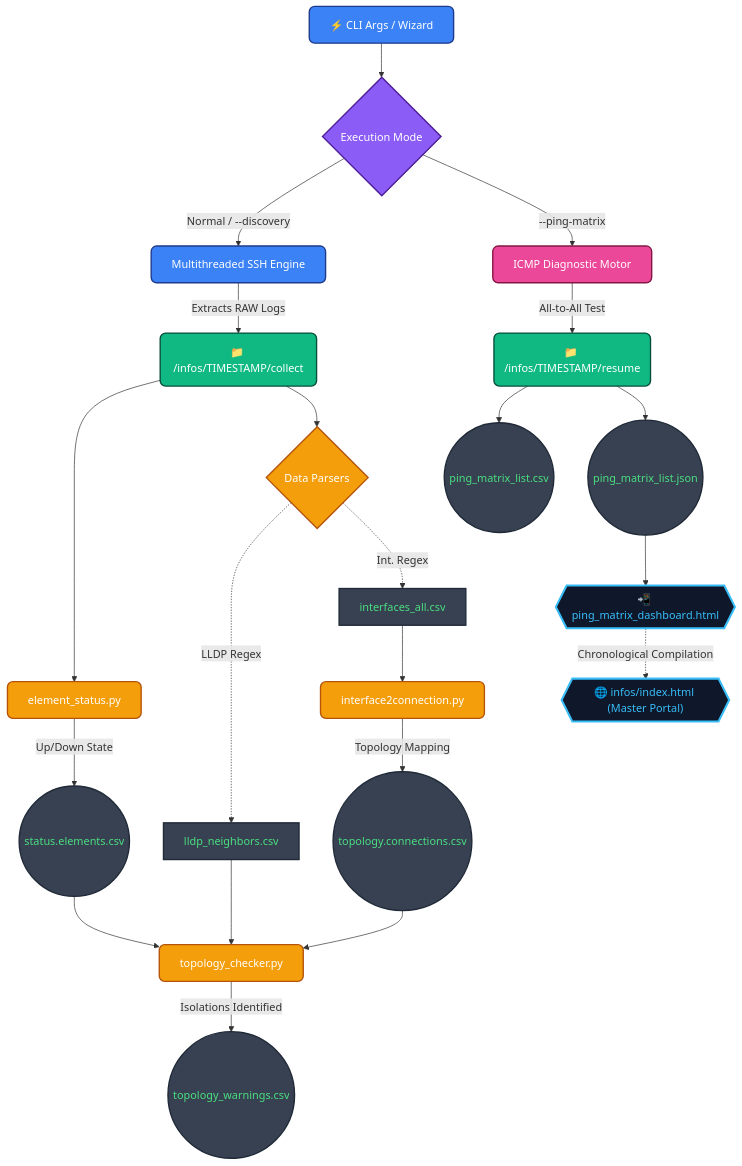
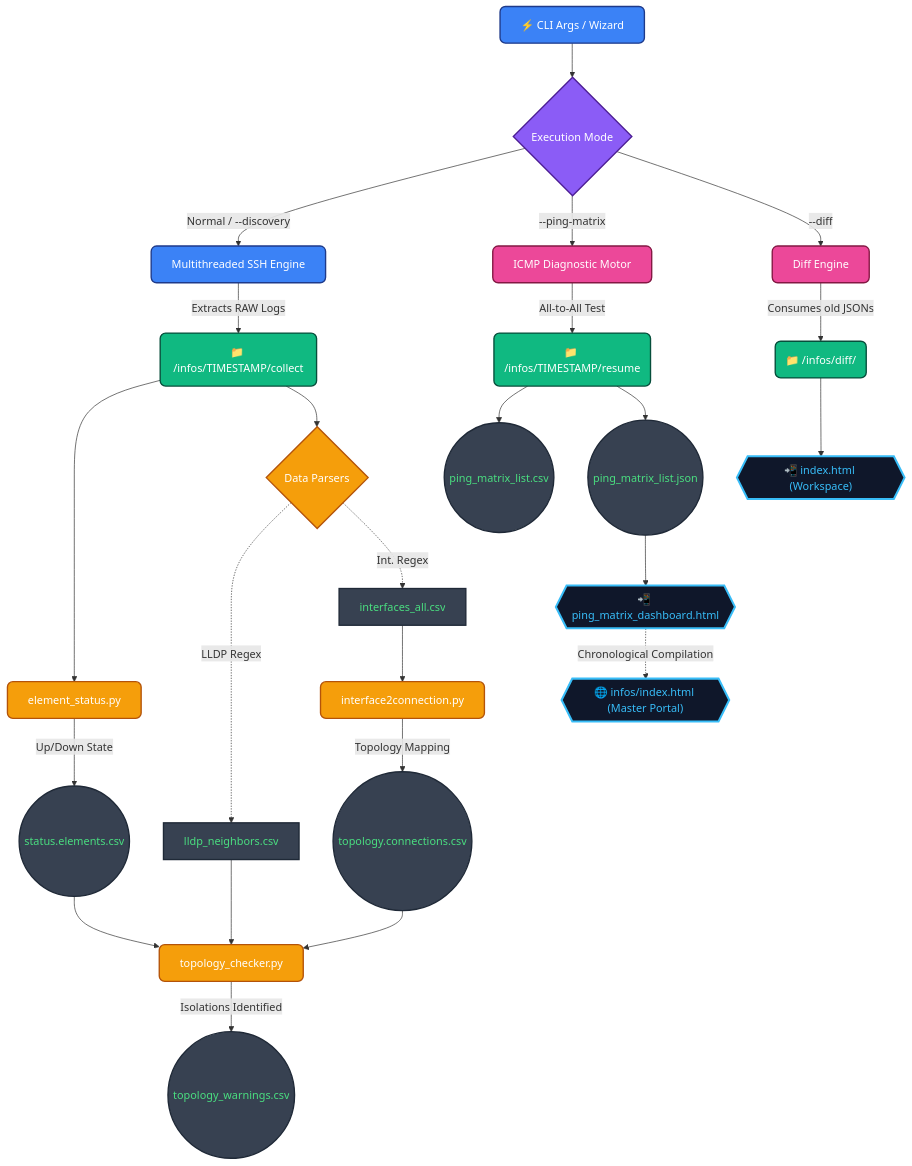
One commit to flashbsb/network-data-extractor changed the diagram in README.md. Above: the diagram before and after it, drawn with Mermaid. The commit also changed other lines of this file and 4 other files, not shown here.

````diff
--- a/README.md
+++ b/README.md
@@ -28,41 +29,46 @@
 ```mermaid
 graph TD
     %% Styling Definitions
     classDef mainEngine fill:#3b82f6,stroke:#1e3a8a,stroke-width:2px,color:#fff,rx:8px,ry:8px;
     classDef branch fill:#8b5cf6,stroke:#4c1d95,stroke-width:2px,color:#fff,rx:8px,ry:8px;
     classDef module fill:#f59e0b,stroke:#b45309,stroke-width:2px,color:#fff,rx:8px,ry:8px;
     classDef pingmod fill:#ec4899,stroke:#831843,stroke-width:2px,color:#fff,rx:8px,ry:8px;
     classDef folder fill:#10b981,stroke:#064e3b,stroke-width:2px,color:#fff,rx:8px,ry:8px;
     classDef csvout fill:#374151,stroke:#1f2937,stroke-width:2px,color:#4ade80;
     classDef htmldash fill:#0f172a,stroke:#38bdf8,stroke-width:3px,color:#38bdf8;
 
     %% Entry
     A["⚡ CLI Args / Wizard"]:::mainEngine --> B{Execution Mode}:::branch
     
     %% Branch 1: Normal Extraction
     B -->|Normal / --discovery| C[Multithreaded SSH Engine]:::mainEngine
     C -->|"Extracts RAW Logs"| D("📁 /infos/TIMESTAMP/collect"):::folder
     
     D --> E[element_status.py]:::module
     E -->|"Up/Down State"| F(("status.elements.csv")):::csvout
     
     D --> G{Data Parsers}:::module
     G -.->|LLDP Regex| H["lldp_neighbors.csv"]:::csvout
     G -.->|Int. Regex| I["interfaces_all.csv"]:::csvout
     
     I --> J[interface2connection.py]:::module
     J -->|"Topology Mapping"| K(("topology.connections.csv")):::csvout
     
     K --> L[topology_checker.py]:::module
     H --> L
     F --> L
     L -->|"Isolations Identified"| M(("topology_warnings.csv")):::csvout
 
     %% Branch 2: Ping Matrix
     B -->|--ping-matrix| P[ICMP Diagnostic Motor]:::pingmod
     P -->|"All-to-All Test"| Q("📁 /infos/TIMESTAMP/resume"):::folder
     Q --> R(("ping_matrix_list.csv")):::csvout
     Q --> S(("ping_matrix_list.json")):::csvout
     S --> T{{"📲 ping_matrix_dashboard.html"}}:::htmldash
     T -.->|"Chronological Compilation"| U{{"🌐 infos/index.html (Master Portal)"}}:::htmldash
+
+    %% Branch 3: Drift Analysis
+    B -->|--diff| V[Diff Engine]:::pingmod
+    V -->|"Consumes old JSONs"| W("📁 /infos/diff/"):::folder
+    W --> X{{"📲 index.html (Workspace)"}}:::htmldash
 ```
````
